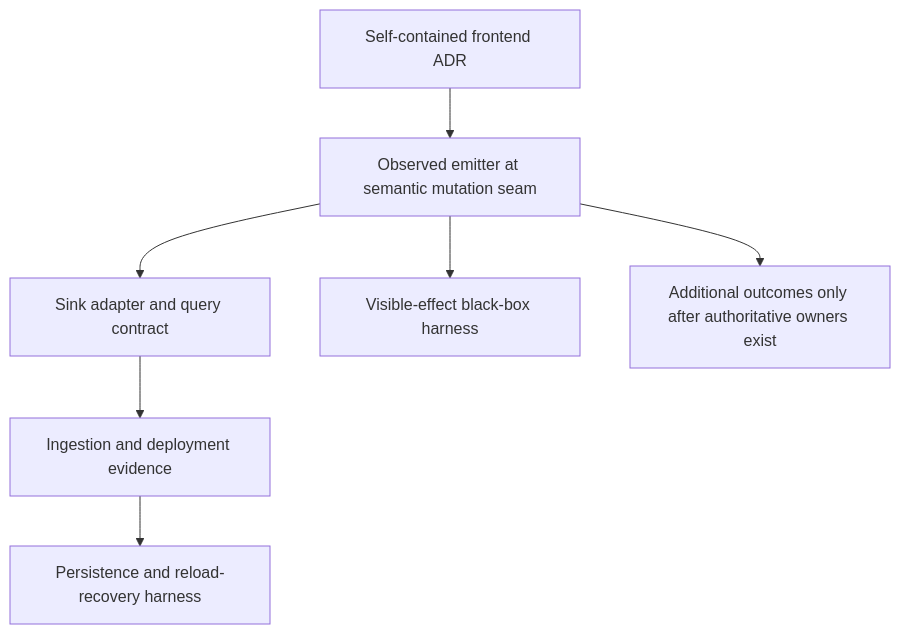
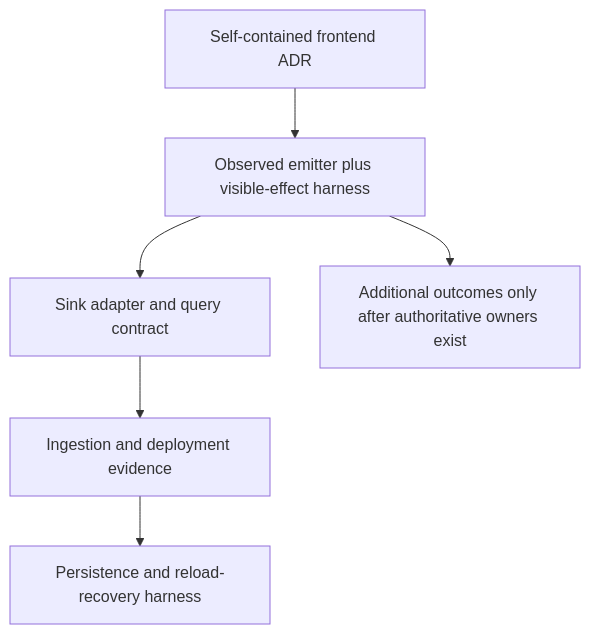
The second of 2 diagrams in docs/adr/AGENT-OBSERVABILITY-0034-frontend-journey-effect-contract.md (Comfy-Org/ComfyUI_frontend), drawn with Mermaid before and after one commit. The commit also changed other lines of this file, not shown here.

Commit message:
docs: make semantic-effect contract path-independent

````diff
--- a/docs/adr/AGENT-OBSERVABILITY-0034-frontend-journey-effect-contract.md
+++ b/docs/adr/AGENT-OBSERVABILITY-0034-frontend-journey-effect-contract.md
@@ -95,9 +96,8 @@
 ```mermaid
 flowchart TD
-  A[Self-contained frontend ADR] --> B[Observed emitter at semantic mutation seam]
+  A[Self-contained frontend ADR] --> B[Observed emitter plus visible-effect harness]
   B --> C[Sink adapter and query contract]
   C --> D[Ingestion and deployment evidence]
-  B --> E[Visible-effect black-box harness]
-  D --> F[Persistence and reload-recovery harness]
-  B --> G[Additional outcomes only after authoritative owners exist]
+  D --> E[Persistence and reload-recovery harness]
+  B --> F[Additional outcomes only after authoritative owners exist]
 ```
````
